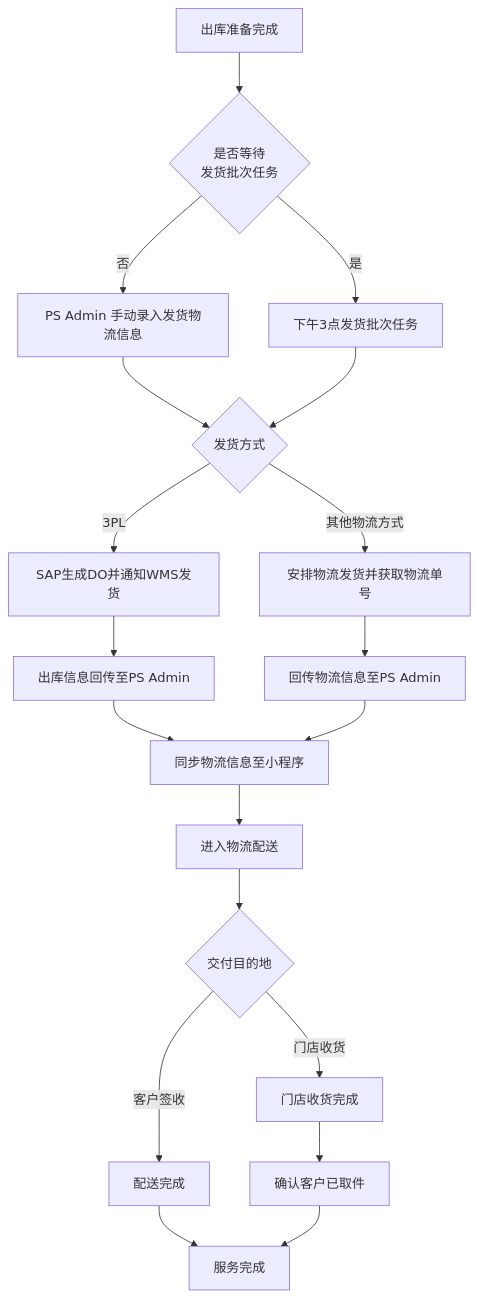
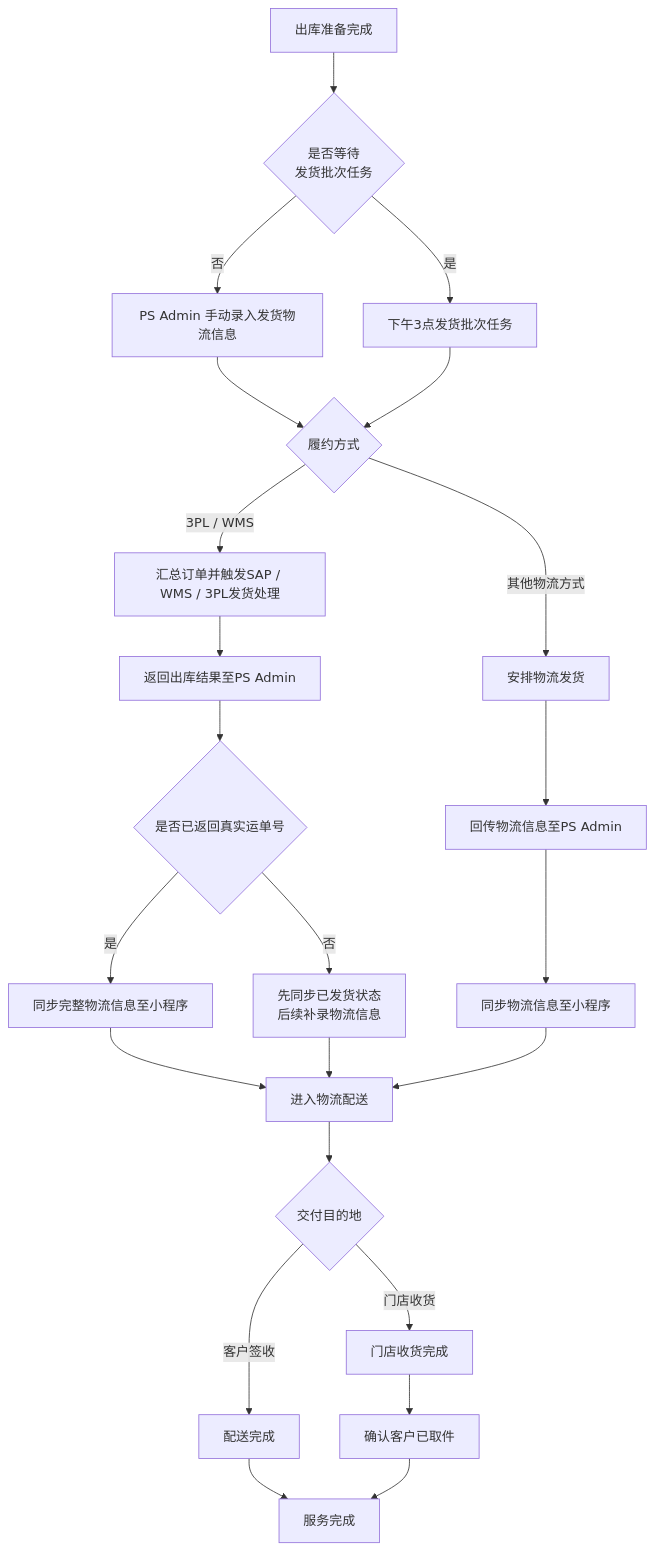
Before and after one commit to guguohai/gmps: the eighth of 33 diagrams in 文档/GM系统需求说明.md, drawn with Mermaid. The commit also changed other lines of this file and 2 other files, not shown here.

````diff
--- a/文档/GM系统需求说明.md
+++ b/文档/GM系统需求说明.md
@@ -498,31 +435,36 @@
 ```mermaid
 flowchart TD
 
 A[出库准备完成] --> B{是否等待<br>发货批次任务}
 
 B -->|否| C[PS Admin 手动录入发货物流信息]
 B -->|是| D[下午3点发货批次任务]
 
-C --> E{发货方式}
+C --> E{履约方式}
 D --> E
 
-E -->|3PL| F[SAP生成DO并通知WMS发货]
-F --> G[出库信息回传至PS Admin]
+E -->|3PL / WMS| F[汇总订单并触发SAP / WMS / 3PL发货处理]
+F --> G[返回出库结果至PS Admin]
 
-E -->|其他物流方式| H[安排物流发货并获取物流单号]
+E -->|其他物流方式| H[安排物流发货]
 H --> I[回传物流信息至PS Admin]
 
-G --> J[同步物流信息至小程序]
-I --> J
+G --> J{是否已返回真实运单号}
+I --> K[同步物流信息至小程序]
 
-J --> K[进入物流配送]
+J -->|是| L[同步完整物流信息至小程序]
+J -->|否| M[先同步已发货状态<br/>后续补录物流信息]
 
-K --> L{交付目的地}
+L --> N[进入物流配送]
+M --> N
+K --> N
 
-L -->|客户签收| M[配送完成]
-M --> Q[服务完成]
+N --> O{交付目的地}
 
-L -->|门店收货| N[门店收货完成]
-N --> O[确认客户已取件]
-O --> Q
+O -->|客户签收| P[配送完成]
+P --> S[服务完成]
+
+O -->|门店收货| Q[门店收货完成]
+Q --> R[确认客户已取件]
+R --> S
 ```
````
